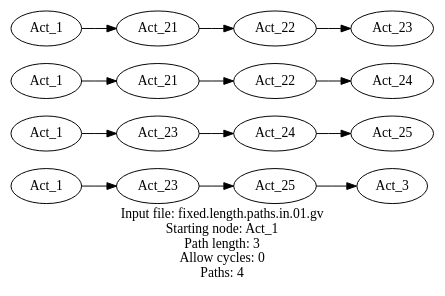
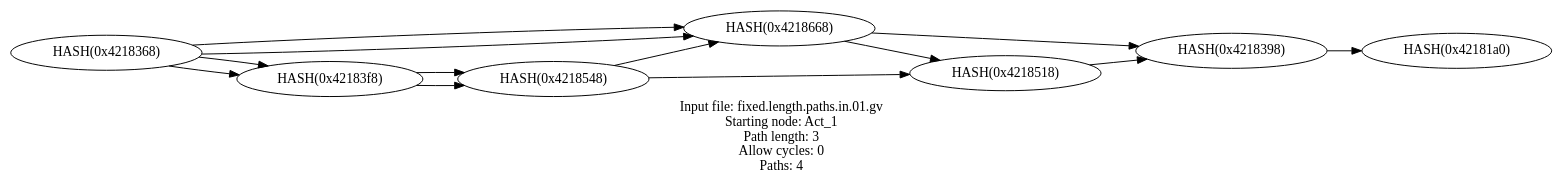
One commit to graphviz-perl/GraphViz2-Marpa-PathUtils changed the diagram in out/fixed.length.paths.out.01.gv. Above: the diagram before and after it, drawn with Graphviz. The commit also changed 13 other files, not shown here.

```diff
--- a/out/fixed.length.paths.out.01.gv
+++ b/out/fixed.length.paths.out.01.gv
@@ -1,26 +1,26 @@
 digraph fixed_length_paths
 {
 	label = "Input file: fixed.length.paths.in.01.gv\nStarting node: Act_1\nPath length: 3\nAllow cycles: 0\nPaths: 4" rankdir = LR
 
-	"1" [label = "Act_1"]
-	"2" [label = "Act_23"]
-	"3" [label = "Act_25"]
-	"4" [label = "Act_3"]
-	"5" [label = "Act_1"]
-	"6" [label = "Act_23"]
-	"7" [label = "Act_24"]
-	"8" [label = "Act_25"]
-	"9" [label = "Act_1"]
-	"10" [label = "Act_21"]
-	"11" [label = "Act_22"]
-	"12" [label = "Act_24"]
-	"13" [label = "Act_1"]
-	"14" [label = "Act_21"]
-	"15" [label = "Act_22"]
-	"16" [label = "Act_23"]
+	"Act_1" [label = "HASH(0x41d00a0)"]
+	"Act_23" [label = "HASH(0x4217f18)"]
+	"Act_25" [label = "HASH(0x4217fc0)"]
+	"Act_3" [label = "HASH(0x42181a0)"]
+	"Act_1" [label = "HASH(0x41e3808)"]
+	"Act_23" [label = "HASH(0x42187a0)"]
+	"Act_24" [label = "HASH(0x4218278)"]
+	"Act_25" [label = "HASH(0x4218398)"]
+	"Act_1" [label = "HASH(0x42180b0)"]
+	"Act_21" [label = "HASH(0x4218338)"]
+	"Act_22" [label = "HASH(0x42185d8)"]
+	"Act_24" [label = "HASH(0x4218518)"]
+	"Act_1" [label = "HASH(0x4218368)"]
+	"Act_21" [label = "HASH(0x42183f8)"]
+	"Act_22" [label = "HASH(0x4218548)"]
+	"Act_23" [label = "HASH(0x4218668)"]
 
-	"1"  ->  "2"  ->  "3"  ->  "4"
-	"5"  ->  "6"  ->  "7"  ->  "8"
-	"9"  ->  "10"  ->  "11"  ->  "12"
-	"13"  ->  "14"  ->  "15"  ->  "16"
+	"Act_1"  ->  "Act_23"  ->  "Act_25"  ->  "Act_3"
+	"Act_1"  ->  "Act_23"  ->  "Act_24"  ->  "Act_25"
+	"Act_1"  ->  "Act_21"  ->  "Act_22"  ->  "Act_24"
+	"Act_1"  ->  "Act_21"  ->  "Act_22"  ->  "Act_23"
 }
```
